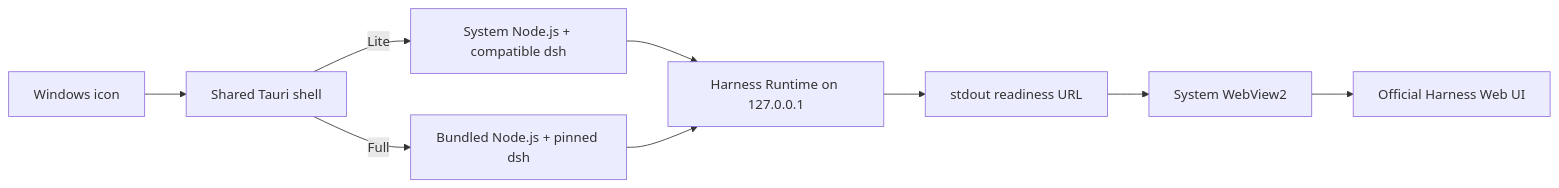
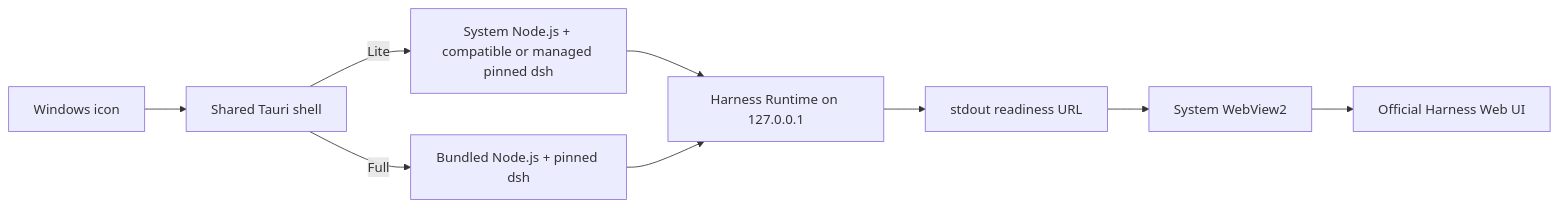
The diagram in docs/ARCHITECTURE.md (O1dZ/deepseek-harness-desktop), drawn with Mermaid before and after one commit. The commit also changed other lines of this file and 13 other files, not shown here.

````diff
--- a/docs/ARCHITECTURE.md
+++ b/docs/ARCHITECTURE.md
@@ -5,11 +5,11 @@
 ```mermaid
 flowchart LR
     Icon["Windows icon"] --> Shell["Shared Tauri shell"]
-    Shell -->|Lite| External["System Node.js + compatible dsh"]
+    Shell -->|Lite| External["System Node.js + compatible or managed pinned dsh"]
     Shell -->|Full| Bundled["Bundled Node.js + pinned dsh"]
     External --> Runtime["Harness Runtime on 127.0.0.1"]
     Bundled --> Runtime
     Runtime --> Ready["stdout readiness URL"]
     Ready --> WebView["System WebView2"]
     WebView --> UI["Official Harness Web UI"]
 ```
````
